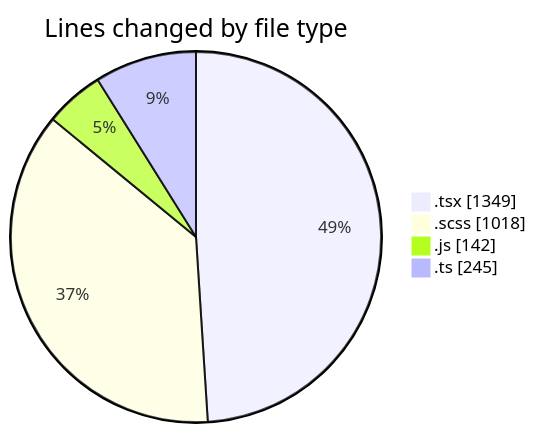
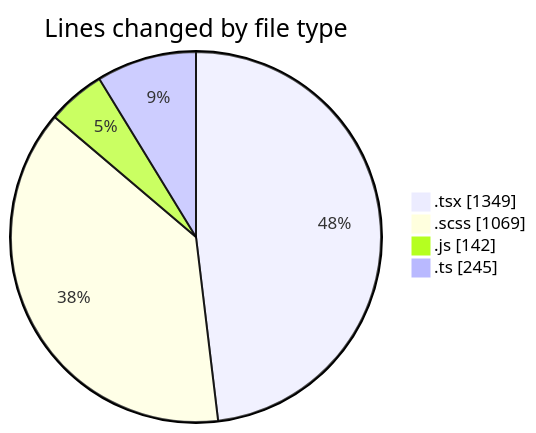
The first of 2 diagrams in 2026-03-25/cda/README.md (momahboobian/code-tracking), drawn with Mermaid before and after one commit. The commit also changed other lines of this file and 1 other file, not shown here.

````diff
--- a/2026-03-25/cda/README.md
+++ b/2026-03-25/cda/README.md
@@ -23,8 +23,8 @@
 ```mermaid
 pie showData
 title Lines changed by file type
 ".tsx" : 1349
-".scss" : 1018
+".scss" : 1069
 ".js" : 142
 ".ts" : 245
 ```
````
